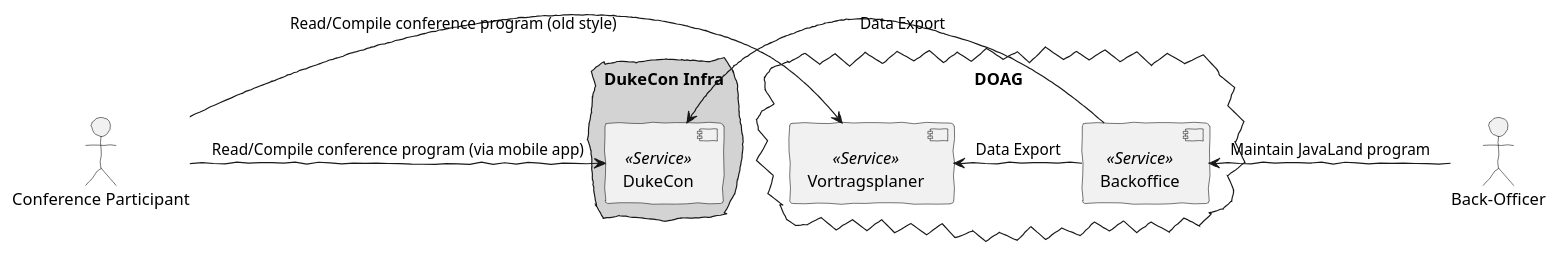
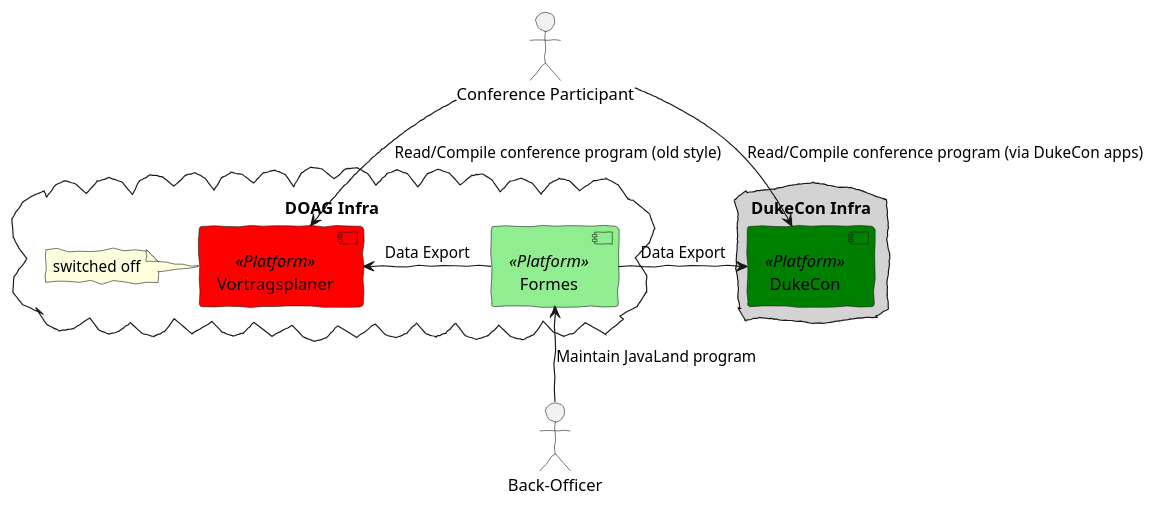
Before and after one commit to dukecon/dukecon: the diagram in src/main/asciidoc/images/systemcontext.puml, drawn with PlantUML. The commit also changed 1 other file, not shown here.

Commit message:
Updated to Formes etc.

```diff
--- a/src/main/asciidoc/images/systemcontext.puml
+++ b/src/main/asciidoc/images/systemcontext.puml
@@ -1,24 +1,27 @@
 @startuml
 skinparam handwritten true
 
-actor :Conference Participant:
+actor :Conference Participant: as participant
 
 cloud "DukeCon Infra" #lightgray {
-    [DukeCon] <<Service>>
+    [DukeCon] <<Platform>> #green
 }
 
-cloud "DOAG" {
-    [Backoffice] <<Service>>
-    [Vortragsplaner] <<Service>>
+cloud "DOAG Infra" {
+    [Formes] <<Platform>> #lightgreen
+    [Vortragsplaner] <<Platform>> #red
+    note left of Vortragsplaner
+        switched off
+    endnote
 }
 
-:Conference Participant: -right-> (DukeCon) : Read/Compile conference program (via mobile app)
-:Conference Participant: -right-> (Vortragsplaner) : Read/Compile conference program (old style)
+participant -down-> (DukeCon) : Read/Compile conference program (via DukeCon apps)
+participant -down-> (Vortragsplaner) : Read/Compile conference program (old style)
 
-(Backoffice) -left-> (DukeCon) : Data Export
-(Backoffice) -left-> (Vortragsplaner) : Data Export
+(Formes) -left-> (Vortragsplaner) : Data Export
+(Formes) -right-> (DukeCon) : Data Export
 
-actor :Back-Officer:
+actor :Back-Officer: as backofficer
 
-:Back-Officer: -left-> (Backoffice) : Maintain JavaLand program
+backofficer -up-> (Formes) : Maintain JavaLand program
 @enduml
```
